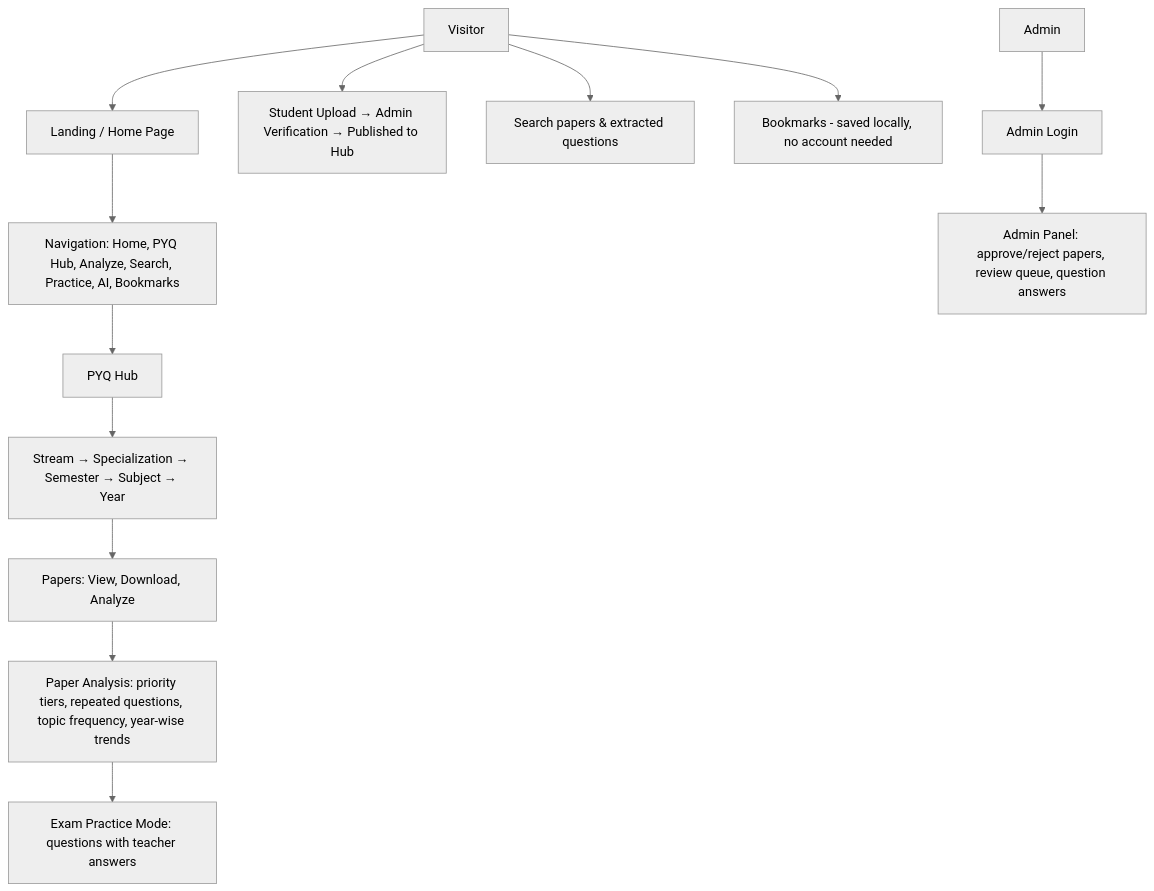
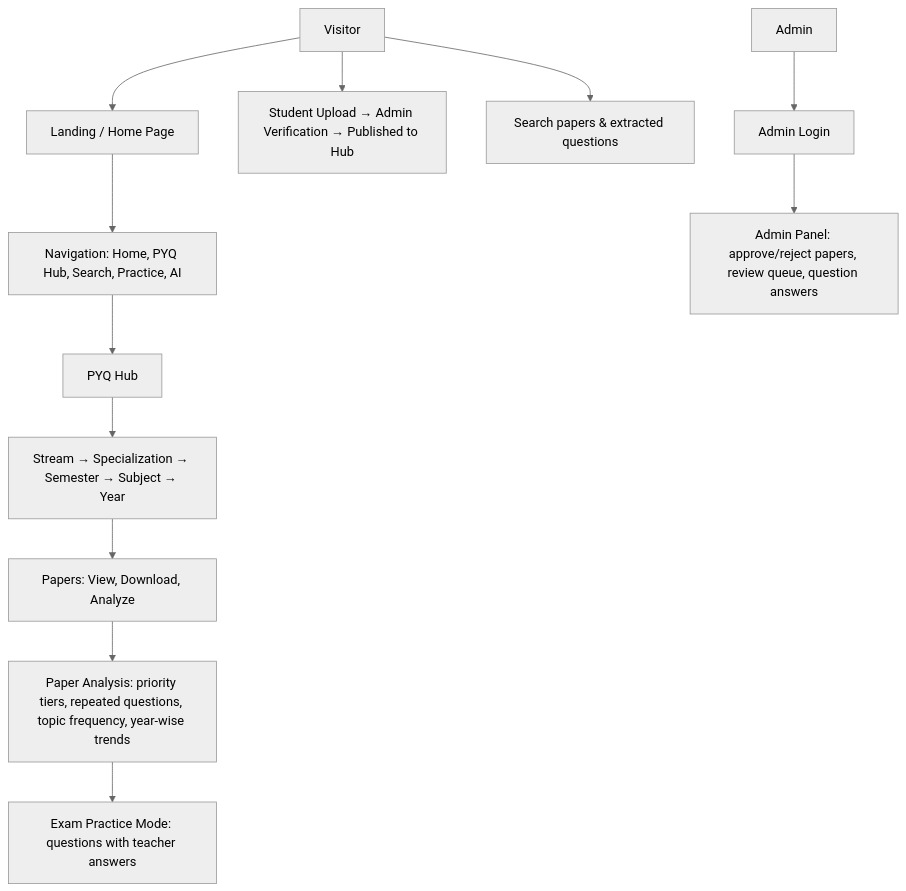
One commit to sumer52/smartpyq-project changed the diagram in README.md. Above: the diagram before and after it, drawn with Mermaid (neutral theme). The commit also changed other lines of this file and 9 other files, not shown here.

First line of the commit message:
feat: remove Bookmarks feature and unused header nav items

````diff
--- a/README.md
+++ b/README.md
@@ -22,15 +22,14 @@
 ```mermaid
 flowchart TD
     U[Visitor] --> LP[Landing / Home Page]
-    LP --> NAV[Navigation: Home, PYQ Hub, Analyze, Search, Practice, AI, Bookmarks]
+    LP --> NAV[Navigation: Home, PYQ Hub, Search, Practice, AI]
     NAV --> PYQ[PYQ Hub]
     PYQ --> DRILL[Stream → Specialization → Semester → Subject → Year]
     DRILL --> PAPER[Papers: View, Download, Analyze]
     PAPER --> ANALYZE[Paper Analysis: priority tiers, repeated questions, topic frequency, year-wise trends]
     ANALYZE --> PRACTICE[Exam Practice Mode: questions with teacher answers]
     U --> UPLOAD[Student Upload → Admin Verification → Published to Hub]
     U --> SEARCH[Search papers & extracted questions]
-    U --> BOOK[Bookmarks - saved locally, no account needed]
     ADMIN[Admin] --> ALOGIN[Admin Login]
     ALOGIN --> APANEL[Admin Panel: approve/reject papers, review queue, question answers]
 ```
````
